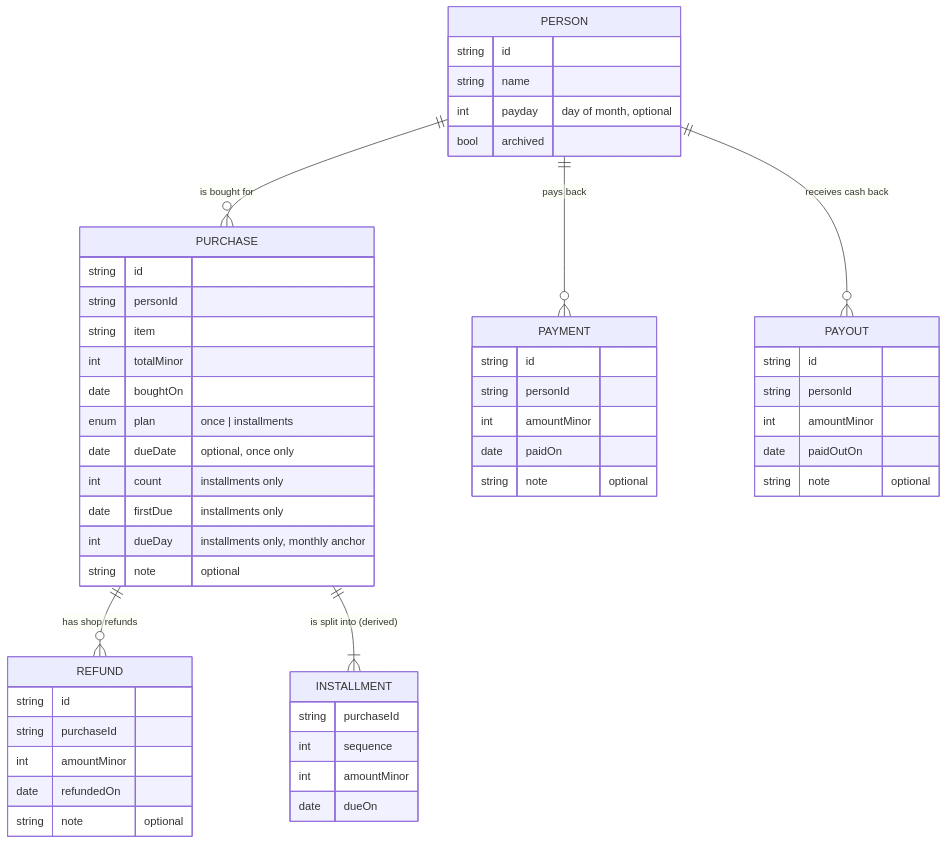
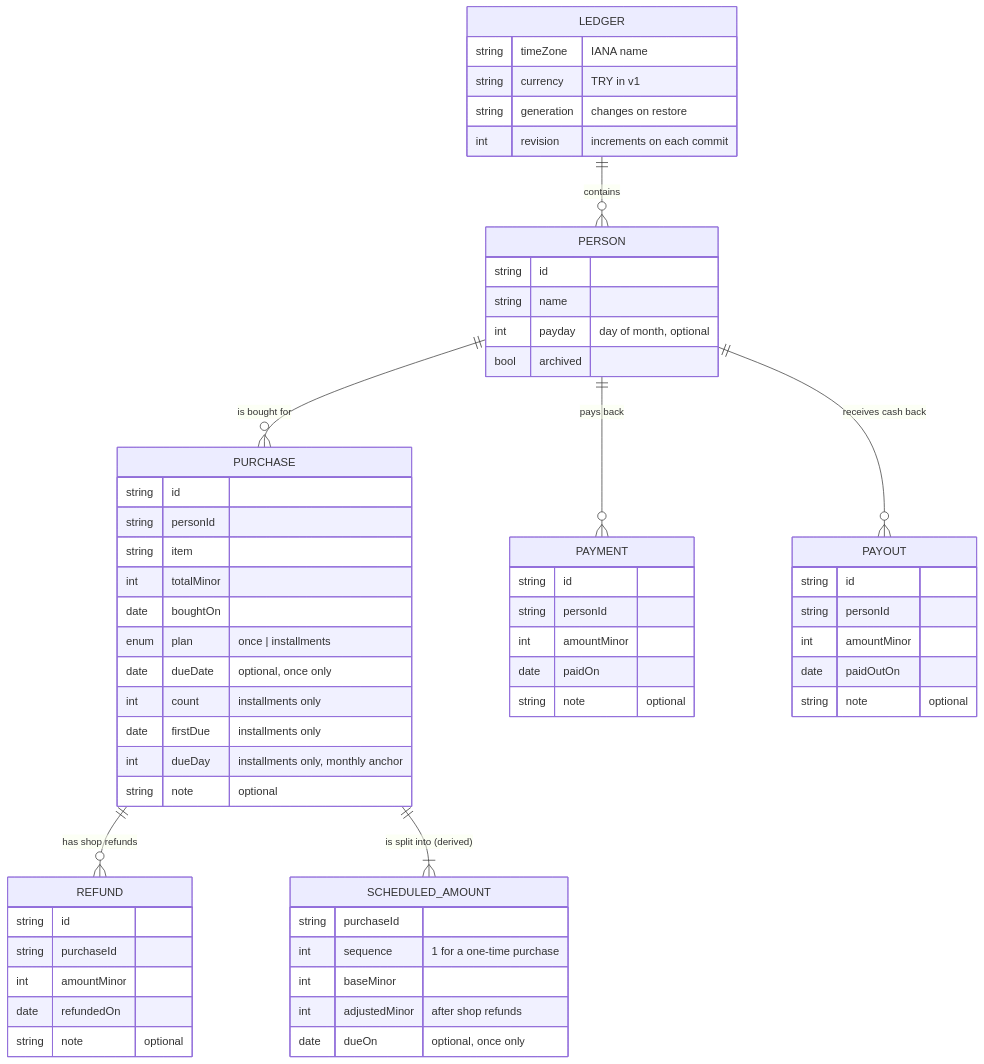
The first of 3 diagrams in docs/DESIGN.md (zekihan/family-tab), drawn with Mermaid before and after one commit. The commit also changed other lines of this file, not shown here.

````diff
--- a/docs/DESIGN.md
+++ b/docs/DESIGN.md
@@ -55,54 +55,62 @@
 ```mermaid
 erDiagram
+    LEDGER ||--o{ PERSON : "contains"
     PERSON ||--o{ PURCHASE : "is bought for"
     PERSON ||--o{ PAYMENT : "pays back"
     PERSON ||--o{ PAYOUT : "receives cash back"
     PURCHASE ||--o{ REFUND : "has shop refunds"
-    PURCHASE ||--|{ INSTALLMENT : "is split into (derived)"
+    PURCHASE ||--|{ SCHEDULED_AMOUNT : "is split into (derived)"
+    LEDGER {
+        string timeZone "IANA name"
+        string currency "TRY in v1"
+        string generation "changes on restore"
+        int revision "increments on each commit"
+    }
     PERSON {
         string id
         string name
         int payday "day of month, optional"
         bool archived
     }
     PURCHASE {
         string id
         string personId
         string item
         int totalMinor
         date boughtOn
         enum plan "once | installments"
         date dueDate "optional, once only"
         int count "installments only"
         date firstDue "installments only"
         int dueDay "installments only, monthly anchor"
         string note "optional"
     }
     PAYMENT {
         string id
         string personId
         int amountMinor
         date paidOn
         string note "optional"
     }
     REFUND {
         string id
         string purchaseId
         int amountMinor
         date refundedOn
         string note "optional"
     }
     PAYOUT {
         string id
         string personId
         int amountMinor
         date paidOutOn
         string note "optional"
     }
-    INSTALLMENT {
+    SCHEDULED_AMOUNT {
         string purchaseId
-        int sequence
-        int amountMinor
-        date dueOn
+        int sequence "1 for a one-time purchase"
+        int baseMinor
+        int adjustedMinor "after shop refunds"
+        date dueOn "optional, once only"
     }
 ```
````
